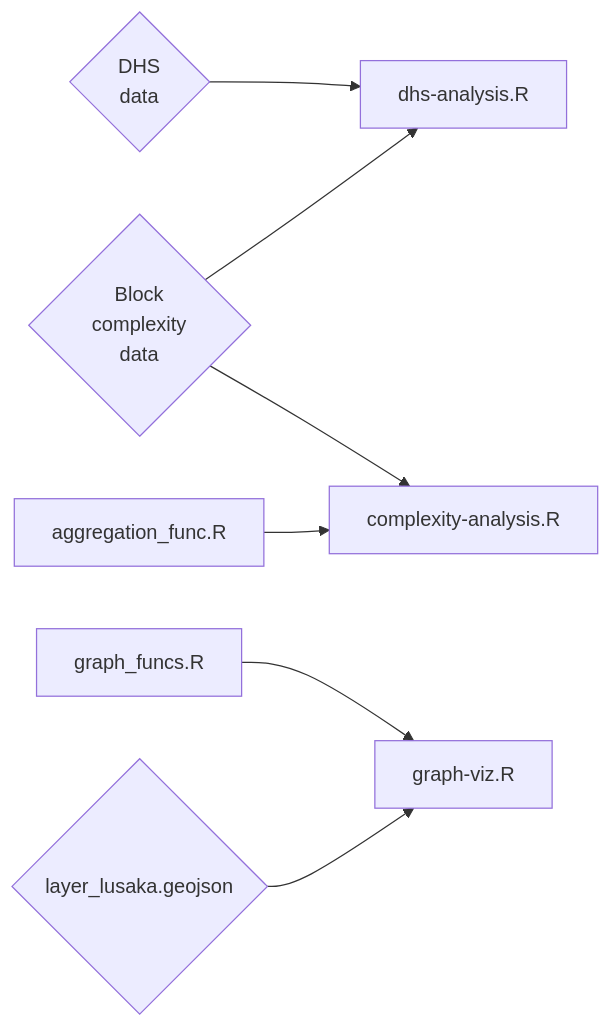
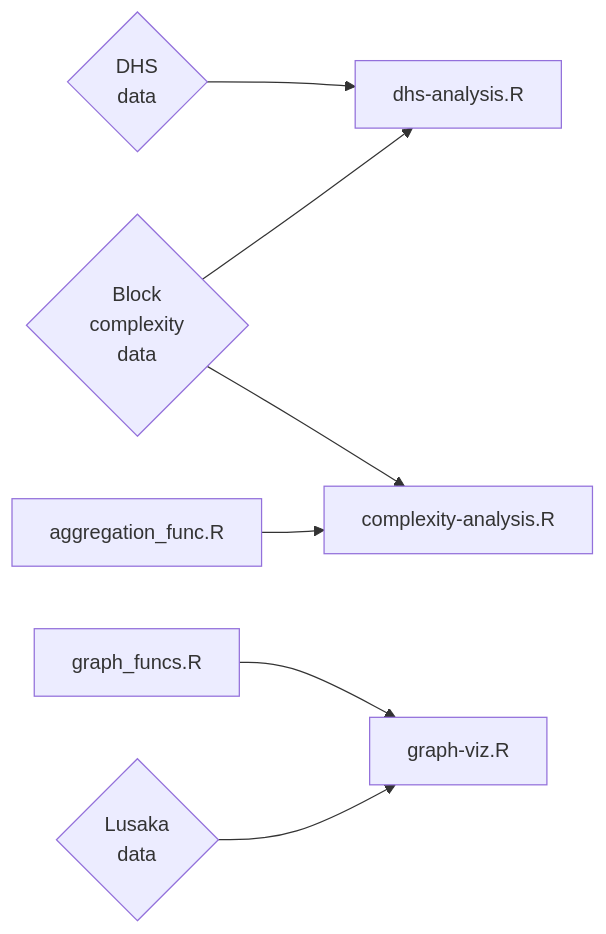
The diagram in ReadMe.md (mansueto-institute/kblock-analysis), drawn with Mermaid before and after one commit.

````diff
--- a/ReadMe.md
+++ b/ReadMe.md
@@ -22,10 +22,10 @@
 ```mermaid
 graph LR
 G{DHS<br>data} --> C
 A{Block<br>complexity<br>data} --> B[complexity-analysis.R]
 E[aggregation_func.R] --> B
 A --> C[dhs-analysis.R]
 
 F[graph_funcs.R] --> D[graph-viz.R]
-J{layer_lusaka.geojson} --> D
+J{Lusaka<br>data} --> D
 ```
````
